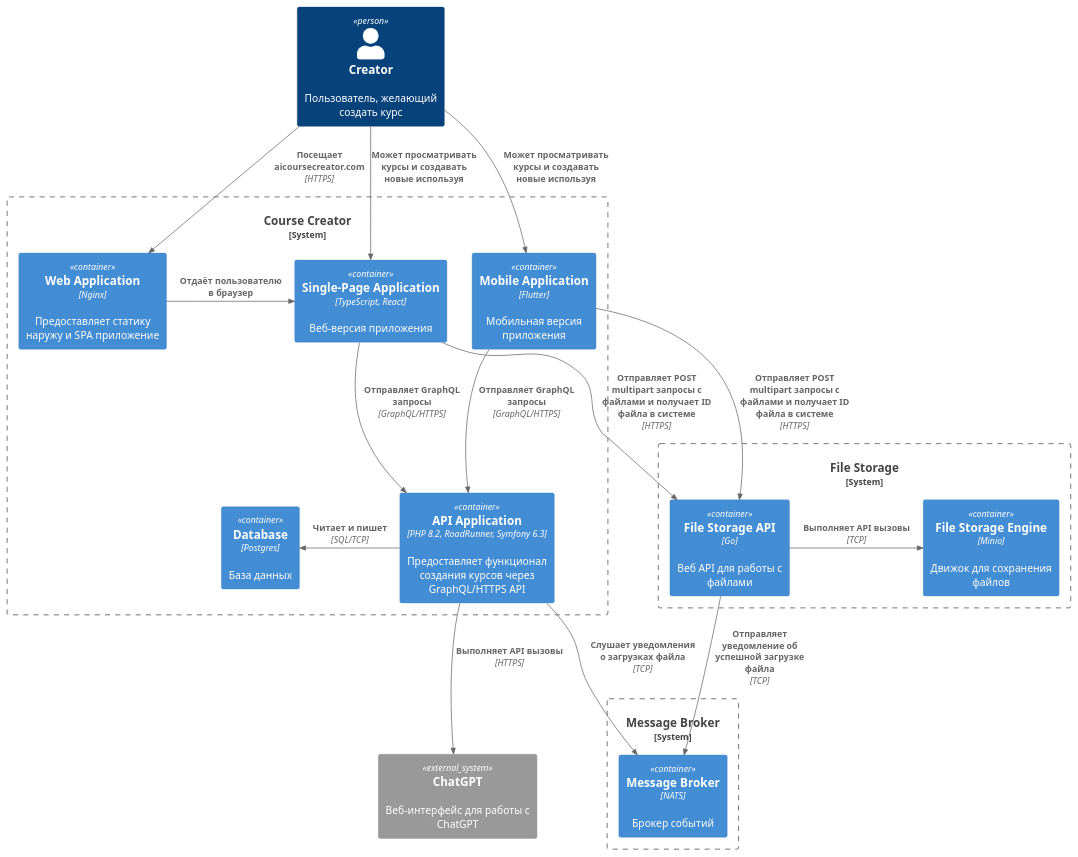
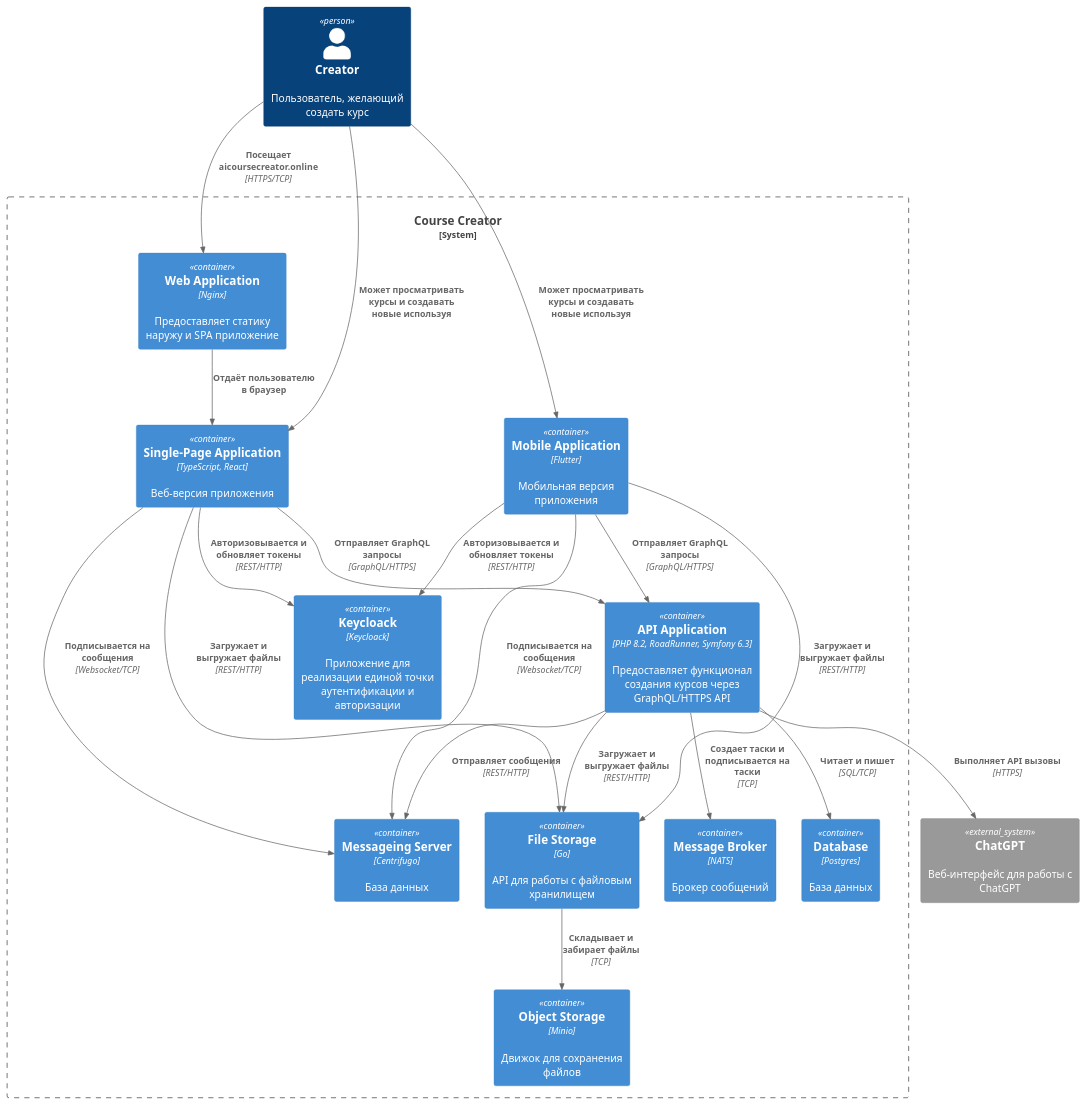
Before and after one commit to Monkey-Business-Edu/docs-obsidian: the diagram in 2. Технический проект/C4-Диаграммы/C4_container.puml, drawn with PlantUML. The commit also changed 1 other file, not shown here.

Commit message:
Обновил диаграмму контейнеров

```diff
--- a/2. Технический проект/C4-Диаграммы/C4_container.puml
+++ b/2. Технический проект/C4-Диаграммы/C4_container.puml
@@ -1,50 +1,44 @@
 @startuml C4_container
 !include  https://raw.githubusercontent.com/plantuml-stdlib/C4-PlantUML/master/C4_Container.puml
 
 Person(user_creator, "Creator", "Пользователь, желающий создать курс")
 
 /'###< Course Creator System '/
 System_Boundary(system_course_creator, "Course Creator") {
     Container(tool_course_creator_nginx, "Web Application", "Nginx", "Предоставляет статику наружу и SPA приложение")
+    Container(tool_course_creator_keycloack, "Keycloack", "Keycloack", "Приложение для реализации единой точки аутентификации и авторизации")
     Container(app_course_creator_frontend, "Single-Page Application", "TypeScript, React", "Веб-версия приложения")
+    Container(tool_course_creator_centrifugo, "Messageing Server", "Centrifugo", "База данных")
     Container(app_course_creator_mobile, "Mobile Application", "Flutter", "Мобильная версия приложения")
     Container(app_course_creator_backend, "API Application", "PHP 8.2, RoadRunner, Symfony 6.3", "Предоставляет функционал создания курсов через GraphQL/HTTPS API")
     Container(tool_course_creator_postgres, "Database", "Postgres", "База данных")
+    Container(tool_course_creator_nats, "Message Broker", "NATS", "Брокер сообщений")
+    Container(app_course_creator_filestorage, "File Storage", "Go", "API для работы с файловым хранилищем")
+    Container(tool_course_creator_minio, "Object Storage", "Minio", "Движок для сохранения файлов")
 }
-Rel_R(tool_course_creator_nginx, app_course_creator_frontend, "Отдаёт пользователю в браузер")
+Rel(tool_course_creator_nginx, app_course_creator_frontend, "Отдаёт пользователю в браузер")
 Rel(app_course_creator_frontend, app_course_creator_backend, "Отправляет GraphQL запросы", "GraphQL/HTTPS")
 Rel(app_course_creator_mobile, app_course_creator_backend, "Отправляет GraphQL запросы", "GraphQL/HTTPS")
-Rel_L(app_course_creator_backend, tool_course_creator_postgres, "Читает и пишет", "SQL/TCP")
+Rel(app_course_creator_frontend, tool_course_creator_centrifugo, "Подписывается на сообщения", "Websocket/TCP")
+Rel(app_course_creator_mobile, tool_course_creator_centrifugo, "Подписывается на сообщения", "Websocket/TCP")
+Rel(app_course_creator_backend, tool_course_creator_centrifugo, "Отправляет сообщения", "REST/HTTP")
+Rel(app_course_creator_backend, tool_course_creator_postgres, "Читает и пишет", "SQL/TCP")
+Rel(app_course_creator_backend, tool_course_creator_nats, "Создает таски и подписывается на таски", "TCP")
+Rel(app_course_creator_backend, app_course_creator_filestorage, "Загружает и выгружает файлы", "REST/HTTP")
+Rel(app_course_creator_frontend, app_course_creator_filestorage, "Загружает и выгружает файлы", "REST/HTTP")
+Rel(app_course_creator_mobile, app_course_creator_filestorage, "Загружает и выгружает файлы", "REST/HTTP")
+Rel(app_course_creator_frontend, tool_course_creator_keycloack, "Авторизовывается и обновляет токены", "REST/HTTP")
+Rel(app_course_creator_mobile, tool_course_creator_keycloack, "Авторизовывается и обновляет токены", "REST/HTTP")
+Rel(app_course_creator_filestorage, tool_course_creator_minio, "Складывает и забирает файлы", "TCP")
 /'###> Course Creator System '/
 
 /'###< ChatGPT System '/
 System_Ext(system_chat_gpt, "ChatGPT", "Веб-интерфейс для работы с ChatGPT")
 /'###> ChatGPT System '/
 
-/'###< File Storage System '/
-System_Boundary(system_file_storage, "File Storage") {
-    Container(app_file_storage_api, "File Storage API", "Go", "Веб API для работы с файлами")
-    Container(tool_file_storage_minio, "File Storage Engine", "Minio", "Движок для сохранения файлов")
-}
-Rel_R(app_file_storage_api, tool_file_storage_minio, "Выполняет API вызовы", "TCP")
-/'###> File Storage System '/
-
-/'###< Message Queue System '/
-System_Boundary(system_message_broker, "Message Broker") {
-    Container(tool_message_broker_nats, "Message Broker", "NATS", "Брокер событий")
-}
-/'###> Message Queue System '/
-
-Rel(user_creator, tool_course_creator_nginx, "Посещает aicoursecreator.com", "HTTPS")
+Rel(user_creator, tool_course_creator_nginx, "Посещает aicoursecreator.online", "HTTPS/TCP")
 Rel(user_creator, app_course_creator_frontend, "Может просматривать курсы и создавать новые используя")
 Rel(user_creator, app_course_creator_mobile, "Может просматривать курсы и создавать новые используя")
 
-Rel(app_course_creator_frontend, app_file_storage_api, "Отправляет POST multipart запросы с файлами и получает ID файла в системе", "HTTPS")
-Rel(app_course_creator_mobile, app_file_storage_api, "Отправляет POST multipart запросы с файлами и получает ID файла в системе", "HTTPS")
-
 Rel(app_course_creator_backend, system_chat_gpt, "Выполняет API вызовы", "HTTPS")
-
-Rel(app_file_storage_api, tool_message_broker_nats, "Отправляет уведомление об успешной загрузке файла", "TCP")
-Rel(app_course_creator_backend, tool_message_broker_nats, "Слушает уведомления о загрузках файла", "TCP")
-
 @enduml
```
